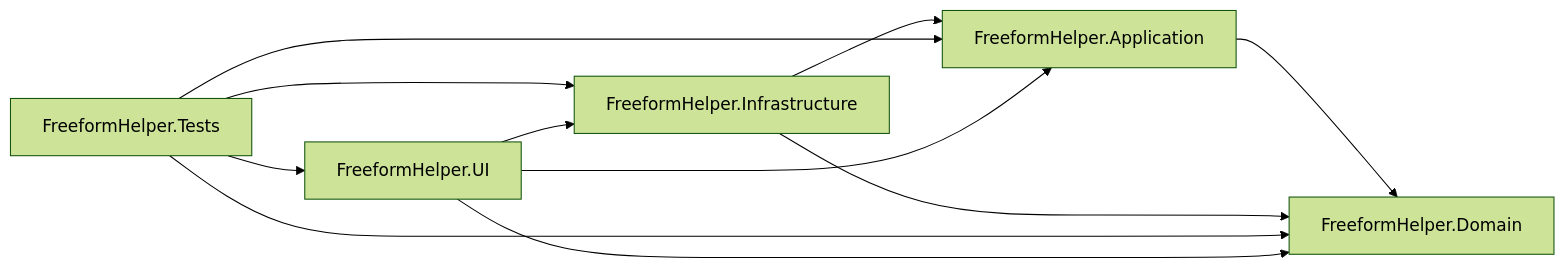
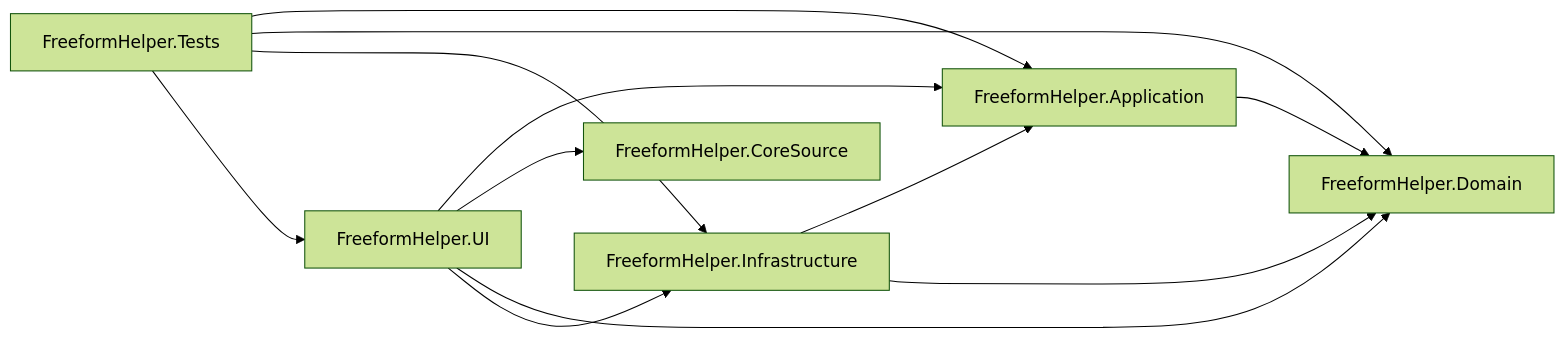
One commit to Dennis40816/nvt-freeform-helper changed the diagram in docs/generated/project-dependency-graph.md. Above: the diagram before and after it, drawn with Mermaid (forest theme). The commit also changed other lines of this file and 52 other files, not shown here.

````diff
--- a/docs/generated/project-dependency-graph.md
+++ b/docs/generated/project-dependency-graph.md
@@ -6,18 +6,20 @@
 ```mermaid
 graph LR
   P1["FreeformHelper.Application"]
-  P2["FreeformHelper.Domain"]
-  P3["FreeformHelper.Infrastructure"]
-  P5["FreeformHelper.Tests"]
-  P4["FreeformHelper.UI"]
-  P1 --> P2
-  P3 --> P1
-  P3 --> P2
+  P2["FreeformHelper.CoreSource"]
+  P3["FreeformHelper.Domain"]
+  P4["FreeformHelper.Infrastructure"]
+  P6["FreeformHelper.Tests"]
+  P5["FreeformHelper.UI"]
+  P1 --> P3
+  P4 --> P1
+  P4 --> P3
+  P6 --> P1
+  P6 --> P3
+  P6 --> P4
+  P6 --> P5
   P5 --> P1
   P5 --> P2
   P5 --> P3
   P5 --> P4
-  P4 --> P1
-  P4 --> P2
-  P4 --> P3
 ```
````
